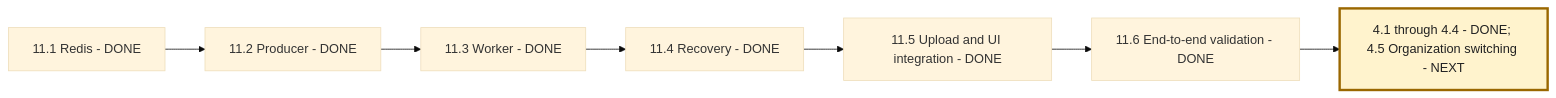
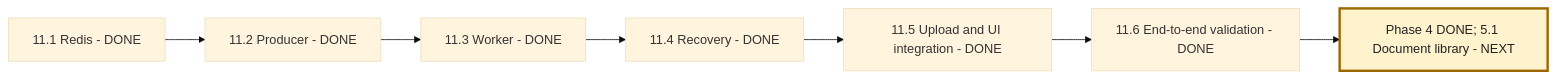
Before and after one commit to msdian0007/nexaAi: the third of 3 diagrams in NEXAAI_ROADMAP.md, drawn with Mermaid (base theme). The commit also changed other lines of this file and 12 other files, not shown here.

````diff
--- a/NEXAAI_ROADMAP.md
+++ b/NEXAAI_ROADMAP.md
@@ -253,10 +253,10 @@
 ```mermaid
 flowchart LR
     A[11.1 Redis - DONE] --> B[11.2 Producer - DONE]
     B --> C[11.3 Worker - DONE]
     C --> D[11.4 Recovery - DONE]
     D --> E[11.5 Upload and UI integration - DONE]
     E --> F[11.6 End-to-end validation - DONE]
-    F --> G[4.1 through 4.4 - DONE; 4.5 Organization switching - NEXT]
+    F --> G[Phase 4 DONE; 5.1 Document library - NEXT]
     style G fill:#fff3cd,stroke:#9a6700,stroke-width:3px,color:#222
 ```
````
